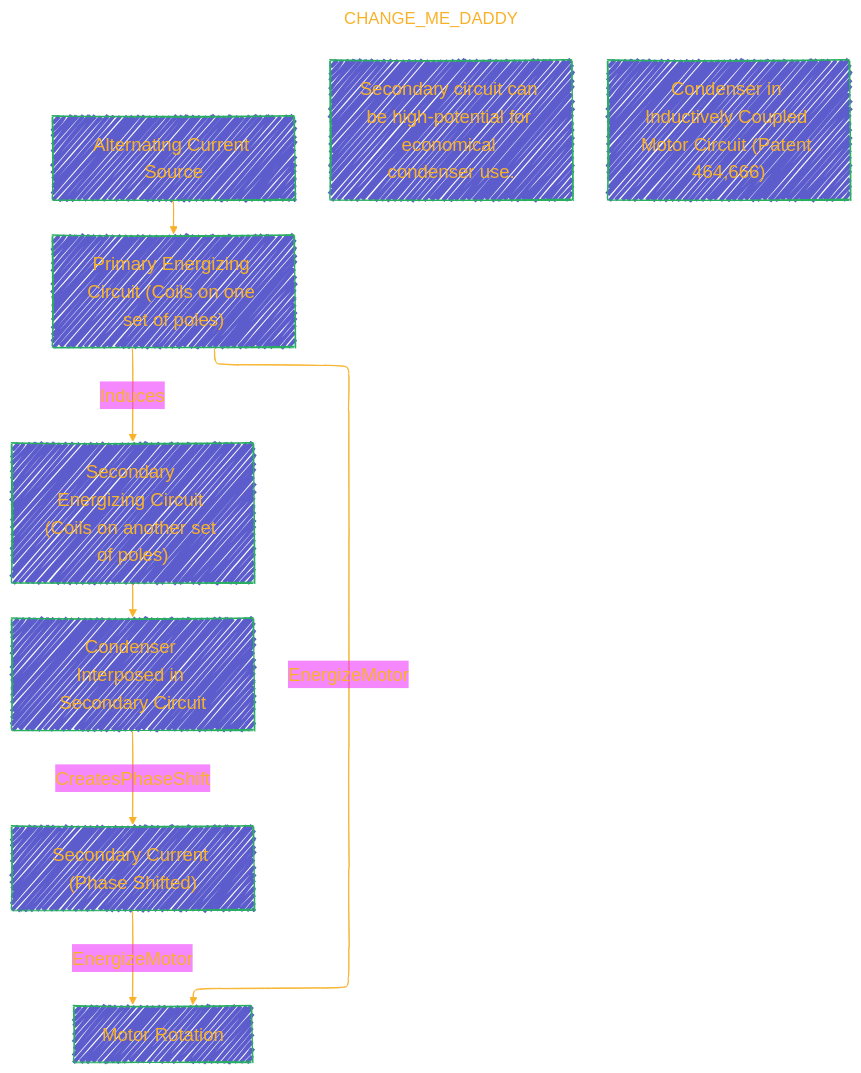
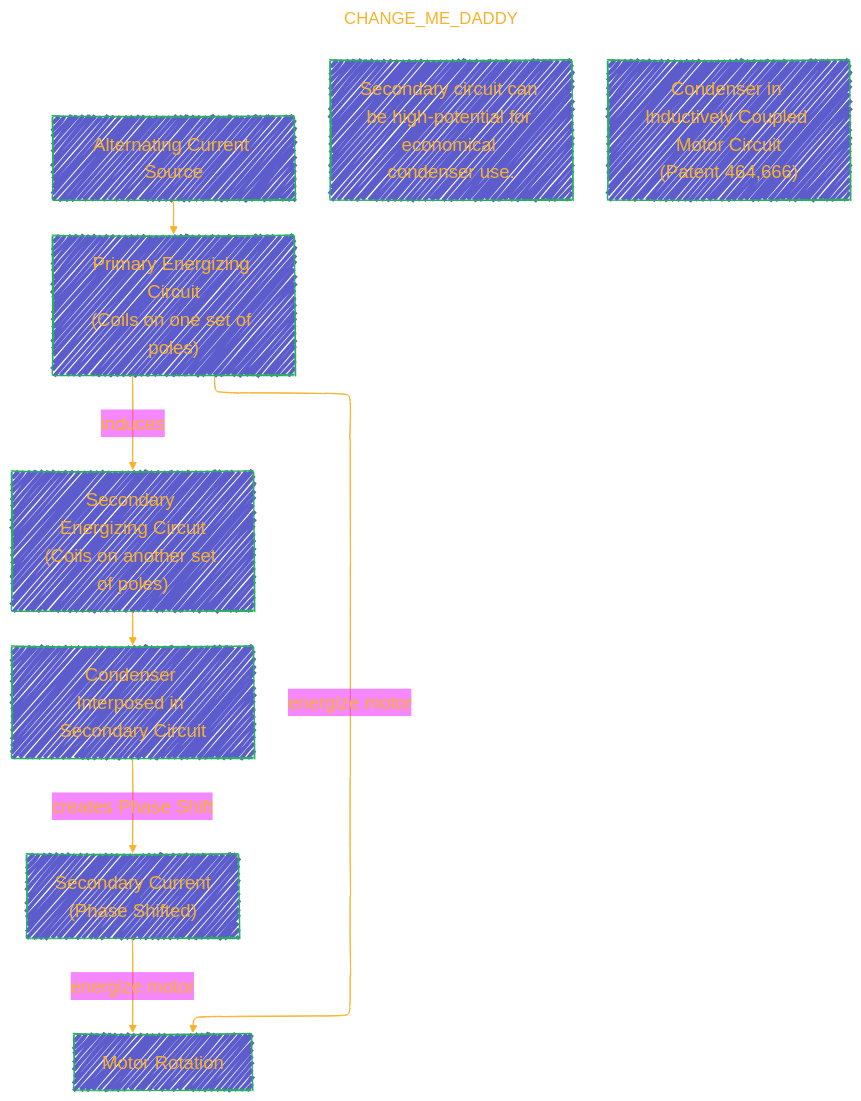
Diagram 12 of 14 in BOOK_Transmission_of_Power_POLYPHASE_SYSTEM_Tesla_patents/BOOK_Transmission_of_Power_POLYPHASE_SYSTEM_Tesla_patents.md (CongLeSolutionX/Nikola_Tesla), drawn with Mermaid before and after one commit. The commit also changed other lines of this file, not shown here.

````diff
--- a/BOOK_Transmission_of_Power_POLYPHASE_SYSTEM_Tesla_patents/BOOK_Transmission_of_Power_POLYPHASE_SYSTEM_Tesla_patents.md
+++ b/BOOK_Transmission_of_Power_POLYPHASE_SYSTEM_Tesla_patents/BOOK_Transmission_of_Power_POLYPHASE_SYSTEM_Tesla_patents.md
@@ -732,41 +753,41 @@
 ```mermaid
 ---
 title: "CHANGE_ME_DADDY"
 author: "Cong Le"
 version: "1.0"
 license(s): "MIT, CC BY-SA 4.0"
 copyright: "Copyright (c) 2025 Cong Le. All Rights Reserved."
 config:
   layout: elk
   theme: base
   look: handDrawn
 ---
 %%%%%%%% Mermaid version v11.4.1-b.14
 %%%%%%%% Available curve styles include the following keywords:
 %% basis, bumpX, bumpY, cardinal, catmullRom, linear, monotoneX, monotoneY, natural, step, stepAfter, stepBefore.
 %%{
   init: {
     'flowchart': { 'htmlLabels': true, 'curve': 'basis' },
     'fontFamily': 'American Typewriter, monospace',
     'logLevel': 'fatal',
     'themeVariables': {
       'primaryColor': '#22BB',
       'primaryTextColor': '#F8B229',
       'lineColor': '#F8B229',
       'primaryBorderColor': '#27AE60',
       'secondaryColor': '#E2F1',
       'secondaryTextColor': '#6C3483',
       'secondaryBorderColor': '#A569BD',
       'fontSize': '20px'
     }
   }
 }%%
 flowchart TD
-    AC_Source["Alternating Current Source"] --> PrimaryCircuit["Primary Energizing Circuit (Coils on one set of poles)"];
-    PrimaryCircuit -- Induces --> SecondaryCircuit["Secondary Energizing Circuit (Coils on another set of poles)"];
-    SecondaryCircuit --> Condenser["Condenser Interposed in Secondary Circuit"];
-    Condenser -- CreatesPhaseShift --> SecondaryCurrent_PhaseShifted["Secondary Current (Phase Shifted)"];
-    PrimaryCircuit & SecondaryCurrent_PhaseShifted -- EnergizeMotor --> MotorRotation["Motor Rotation"];
-    Note2["Secondary circuit can be high-potential for economical condenser use."];
-    Title8["Condenser in Inductively Coupled Motor Circuit (Patent 464,666)"]
+    AC_Source["Alternating Current Source"] --> PrimaryCircuit["Primary Energizing Circuit<br/>(Coils on one set of poles)"]
+    PrimaryCircuit -- induces --> SecondaryCircuit["Secondary Energizing Circuit<br/>(Coils on another set of poles)"]
+    SecondaryCircuit --> Condenser["Condenser Interposed in Secondary Circuit"]
+    Condenser -- creates Phase Shift --> SecondaryCurrent_PhaseShifted["Secondary Current<br/>(Phase Shifted)"]
+    PrimaryCircuit & SecondaryCurrent_PhaseShifted -- energize motor --> MotorRotation["Motor Rotation"]
+    Note2["Secondary circuit can be high-potential for economical condenser use."]
+    Title8["Condenser in Inductively Coupled Motor Circuit<br/>(Patent 464,666)"]
 ```
````
